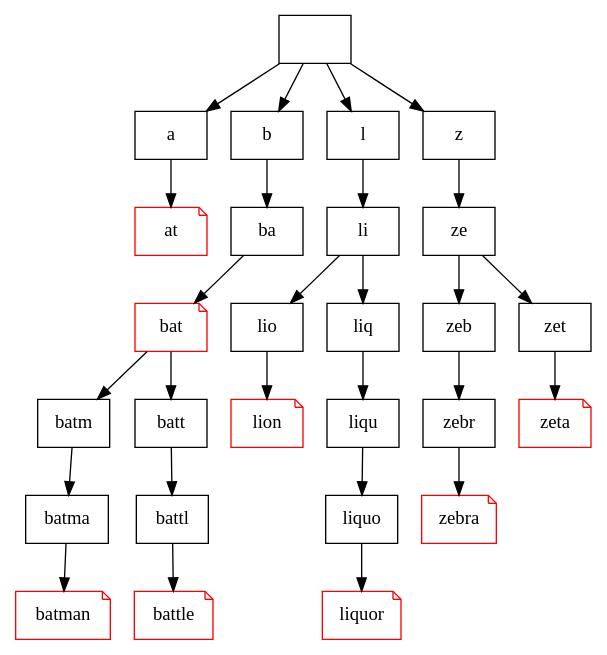
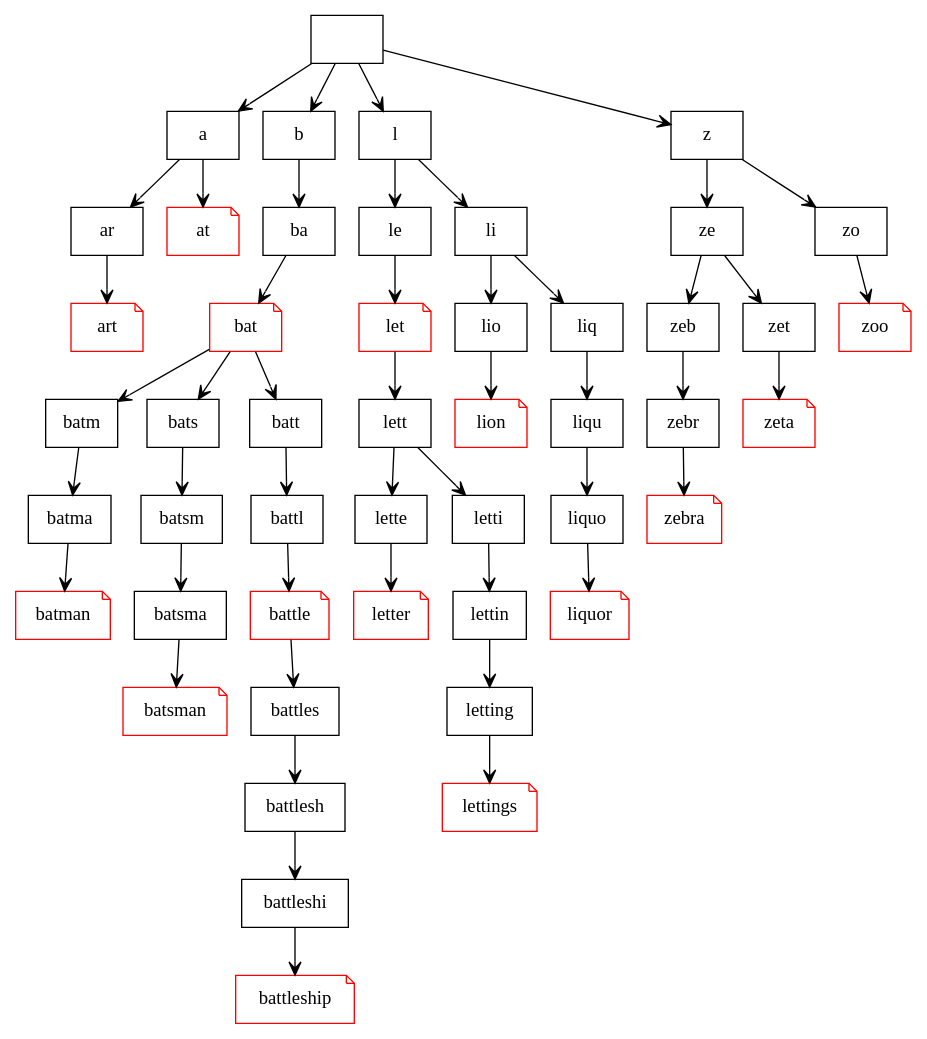
Before and after one commit to tralireza/Trie: the diagram in trie26.gv, drawn with Graphviz. The commit also changed 1 other file, not shown here.

Commit message:
Trie 648m Replace Words -> graphviz

```diff
--- a/trie26.gv
+++ b/trie26.gv
@@ -1,37 +1,66 @@
 digraph {
 node [shape=rect];
+edge [arrowhead=vee];
 "" -> "a"
+"a" -> "ar"
+"ar" -> "art"
+"art" [color=red shape=note];
 "a" -> "at"
 "at" [color=red shape=note];
 "" -> "b"
 "b" -> "ba"
 "ba" -> "bat"
 "bat" [color=red shape=note];
 "bat" -> "batm"
 "batm" -> "batma"
 "batma" -> "batman"
 "batman" [color=red shape=note];
+"bat" -> "bats"
+"bats" -> "batsm"
+"batsm" -> "batsma"
+"batsma" -> "batsman"
+"batsman" [color=red shape=note];
 "bat" -> "batt"
 "batt" -> "battl"
 "battl" -> "battle"
 "battle" [color=red shape=note];
+"battle" -> "battles"
+"battles" -> "battlesh"
+"battlesh" -> "battleshi"
+"battleshi" -> "battleship"
+"battleship" [color=red shape=note];
 "" -> "l"
+"l" -> "le"
+"le" -> "let"
+"let" [color=red shape=note];
+"let" -> "lett"
+"lett" -> "lette"
+"lette" -> "letter"
+"letter" [color=red shape=note];
+"lett" -> "letti"
+"letti" -> "lettin"
+"lettin" -> "letting"
+"letting" -> "lettings"
+"lettings" [color=red shape=note];
 "l" -> "li"
 "li" -> "lio"
 "lio" -> "lion"
 "lion" [color=red shape=note];
 "li" -> "liq"
 "liq" -> "liqu"
 "liqu" -> "liquo"
 "liquo" -> "liquor"
 "liquor" [color=red shape=note];
 "" -> "z"
 "z" -> "ze"
 "ze" -> "zeb"
 "zeb" -> "zebr"
 "zebr" -> "zebra"
 "zebra" [color=red shape=note];
 "ze" -> "zet"
 "zet" -> "zeta"
 "zeta" [color=red shape=note];
+"z" -> "zo"
+"zo" -> "zoo"
+"zoo" [color=red shape=note];
 }
```
